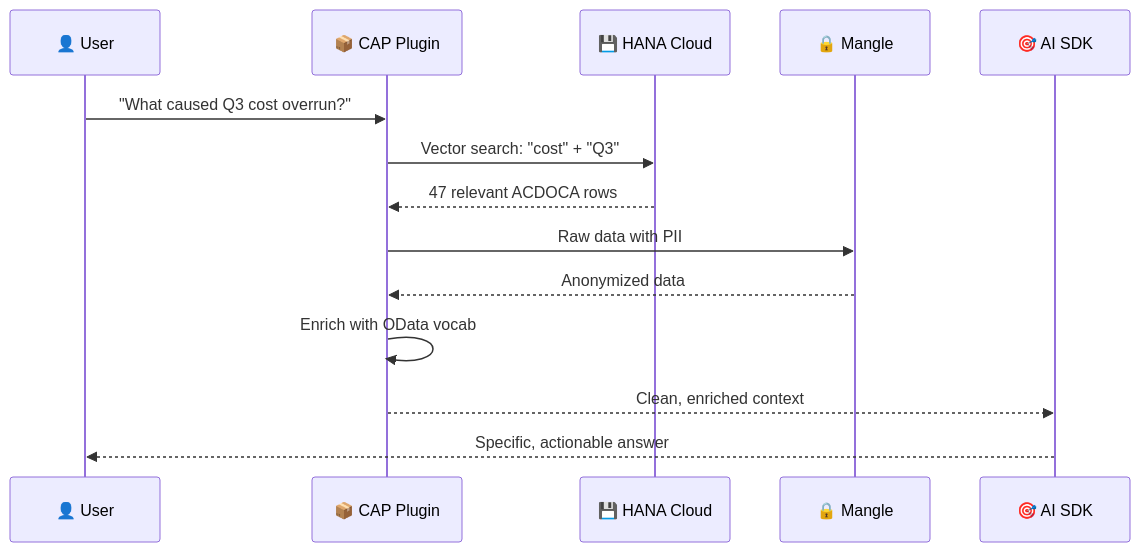
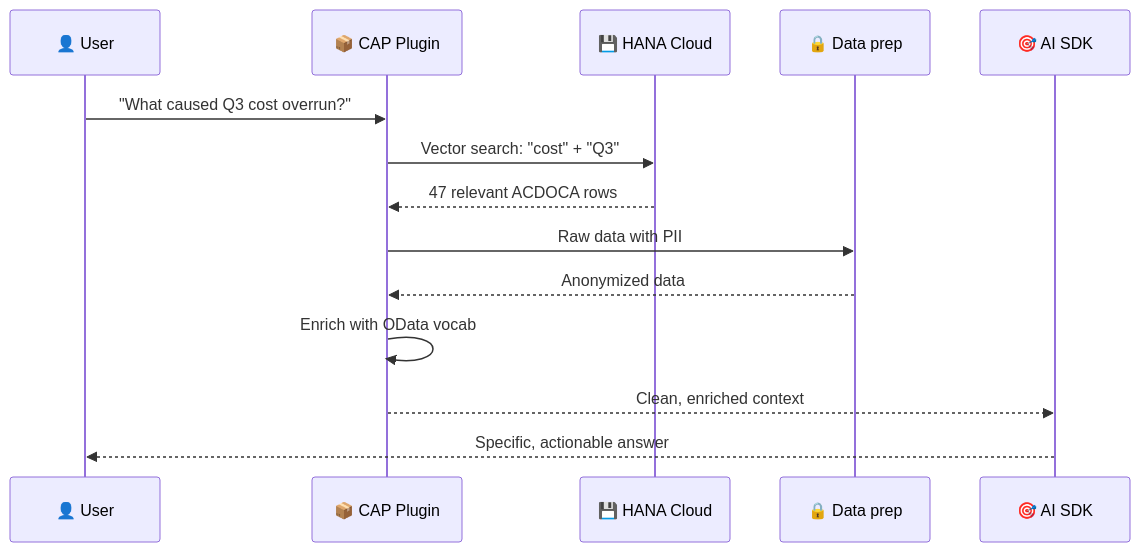
The third of 7 diagrams in docs/business-briefs/02-component-mapping.md (GJKarthik/sap-oss-v1), drawn with Mermaid before and after one commit. The commit also changed other lines of this file and 2548 other files, not shown here.

````diff
--- a/docs/business-briefs/02-component-mapping.md
+++ b/docs/business-briefs/02-component-mapping.md
@@ -105,17 +105,17 @@
 ```mermaid
 sequenceDiagram
     participant User as 👤 User
     participant CAP as 📦 CAP Plugin
     participant HANA as 💾 HANA Cloud
-    participant Mangle as 🔒 Mangle
+    participant DataPrep as 🔒 Data prep
     participant SDK as 🎯 AI SDK
     
     User->>CAP: "What caused Q3 cost overrun?"
     CAP->>HANA: Vector search: "cost" + "Q3"
     HANA-->>CAP: 47 relevant ACDOCA rows
-    CAP->>Mangle: Raw data with PII
-    Mangle-->>CAP: Anonymized data
+    CAP->>DataPrep: Raw data with PII
+    DataPrep-->>CAP: Anonymized data
     CAP->>CAP: Enrich with OData vocab
     CAP-->>SDK: Clean, enriched context
     SDK-->>User: Specific, actionable answer
 ```
````
